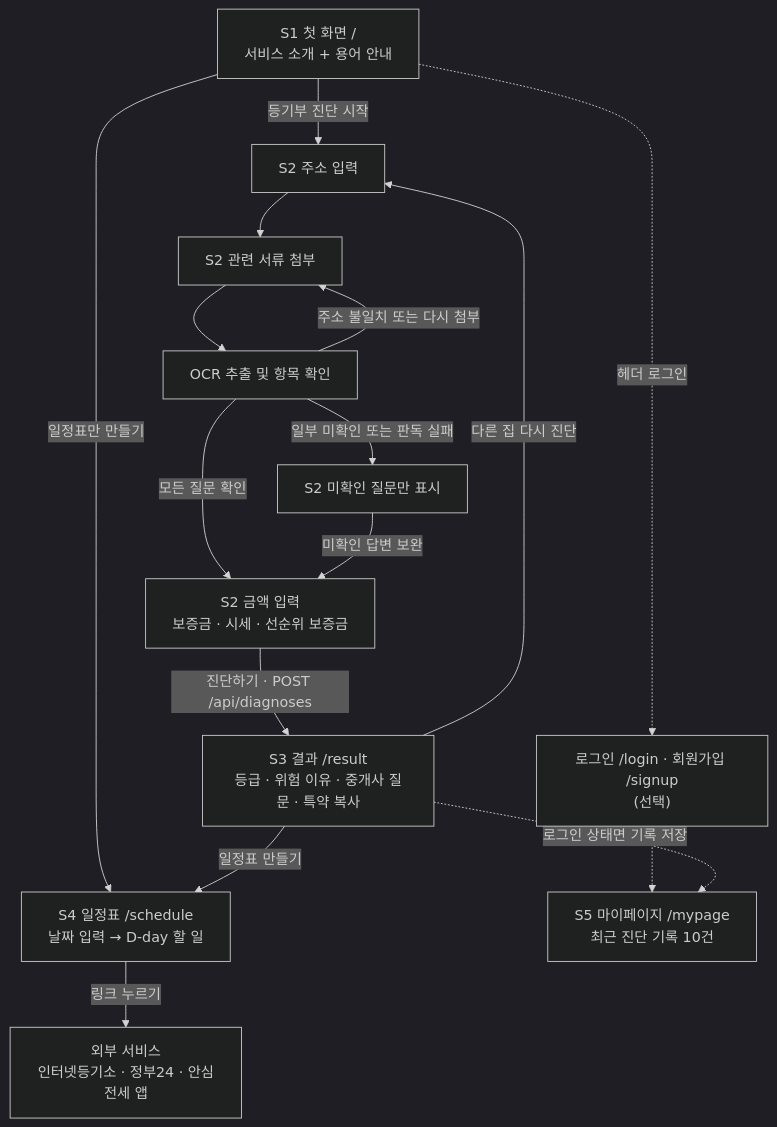
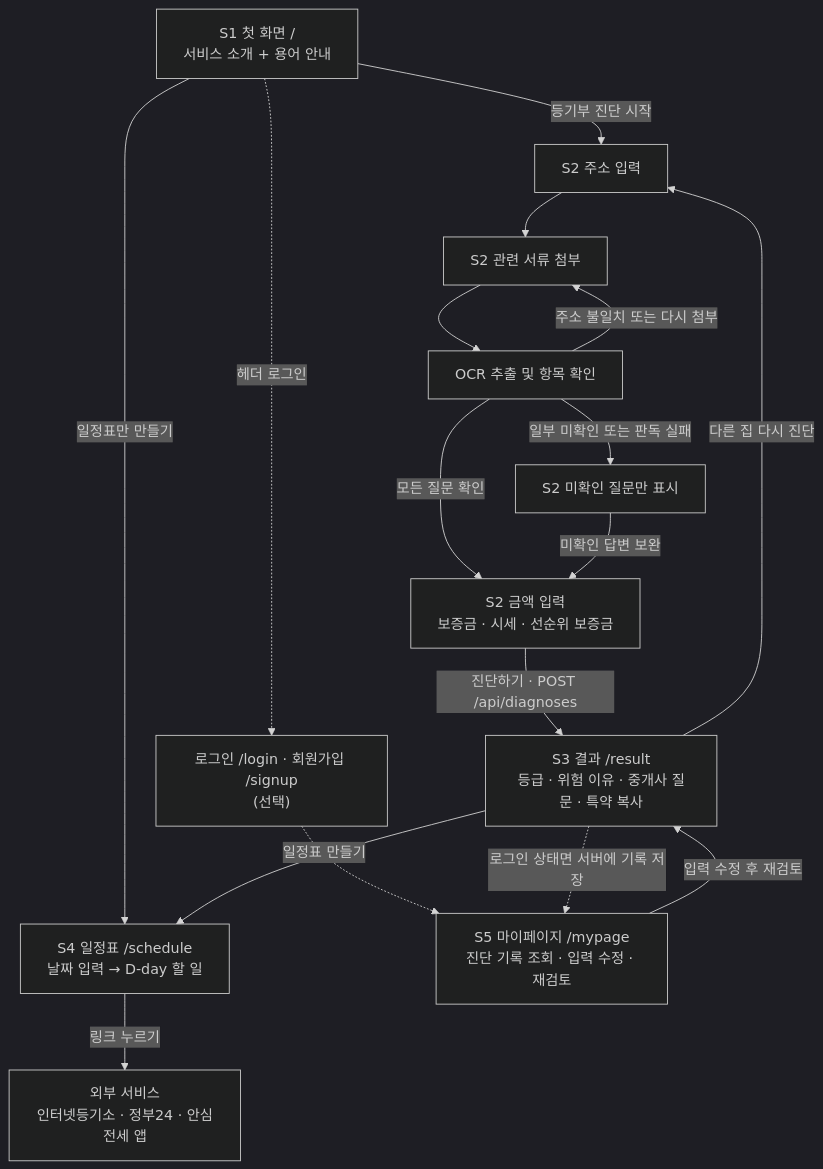
One commit to LGCNS-HackerTon/FrontEnd changed the first of 3 diagrams in docs/06-service-flow.md. Above: the diagram before and after it, drawn with Mermaid (dark theme). The commit also changed other lines of this file and 9 other files, not shown here.

````diff
--- a/docs/06-service-flow.md
+++ b/docs/06-service-flow.md
@@ -16,30 +16,31 @@
 ```mermaid
 flowchart TD
     S1["S1 첫 화면 /<br/>서비스 소개 + 용어 안내"]
     S2a["S2 주소 입력"]
     Upload["S2 관련 서류 첨부"]
     OCR["OCR 추출 및 항목 확인"]
     S2b["S2 미확인 질문만 표시"]
     S2d["S2 금액 입력<br/>보증금 · 시세 · 선순위 보증금"]
     S3["S3 결과 /result<br/>등급 · 위험 이유 · 중개사 질문 · 특약 복사"]
     S4["S4 일정표 /schedule<br/>날짜 입력 → D-day 할 일"]
     EXT["외부 서비스<br/>인터넷등기소 · 정부24 · 안심전세 앱"]
     L["로그인 /login · 회원가입 /signup<br/>(선택)"]
-    S5["S5 마이페이지 /mypage<br/>최근 진단 기록 10건"]
+    S5["S5 마이페이지 /mypage<br/>진단 기록 조회 · 입력 수정 · 재검토"]
 
     S1 -->|등기부 진단 시작| S2a
     S1 -->|일정표만 만들기| S4
     S2a --> Upload
     Upload --> OCR
     OCR -->|모든 질문 확인| S2d
     OCR -->|일부 미확인 또는 판독 실패| S2b
     OCR -->|주소 불일치 또는 다시 첨부| Upload
     S2b -->|미확인 답변 보완| S2d
     S2d -->|진단하기 · POST /api/diagnoses| S3
     S3 -->|다른 집 다시 진단| S2a
     S3 -->|일정표 만들기| S4
     S4 -->|링크 누르기| EXT
     S1 -.->|헤더 로그인| L
     L -.-> S5
-    S3 -.->|로그인 상태면 기록 저장| S5
+    S3 -.->|로그인 상태면 서버에 기록 저장| S5
+    S5 -->|입력 수정 후 재검토| S3
 ```
````
